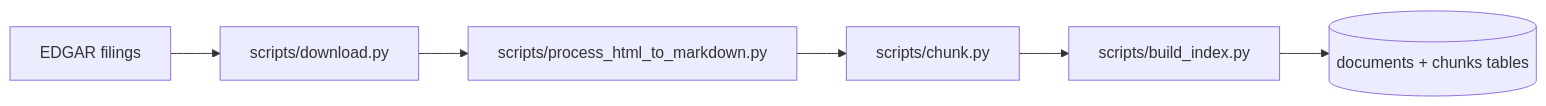
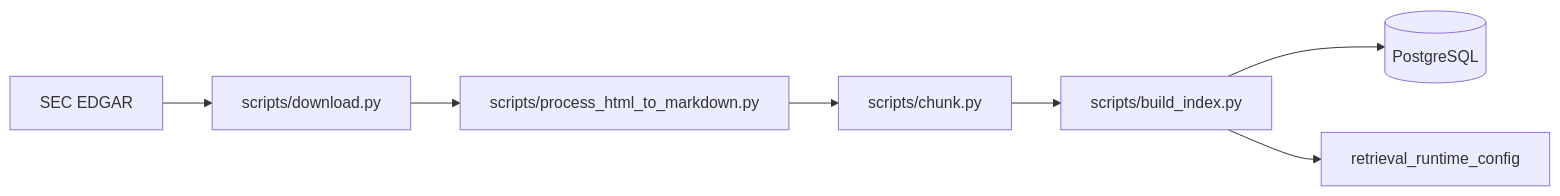
Before and after one commit to linminhtoo/andromeda: the third of 4 diagrams in README.md, drawn with Mermaid. The commit also changed other lines of this file and 2 other files, not shown here.

````diff
--- a/README.md
+++ b/README.md
@@ -33,8 +186,9 @@
 ```mermaid
 flowchart LR
-  EDGAR[EDGAR filings] --> DL[scripts/download.py]
-  DL --> H2M[scripts/process_html_to_markdown.py]
-  H2M --> CH[scripts/chunk.py]
-  CH --> BI[scripts/build_index.py]
-  BI --> PG[(documents + chunks tables)]
+  EDGAR[SEC EDGAR] --> DL[scripts/download.py]
+  DL --> MD[scripts/process_html_to_markdown.py]
+  MD --> CH[scripts/chunk.py]
+  CH --> IDX[scripts/build_index.py]
+  IDX --> PG[(PostgreSQL)]
+  IDX --> CFG[retrieval_runtime_config]
 ```
````
